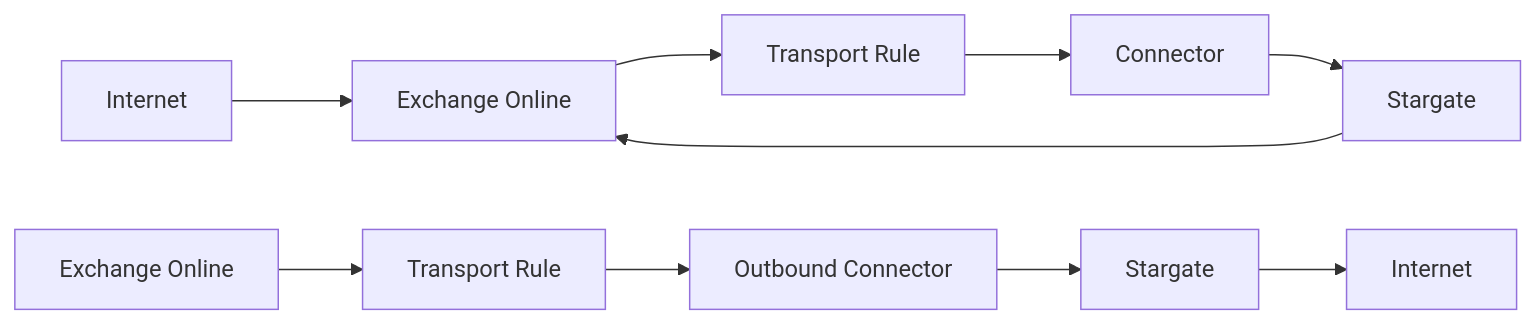
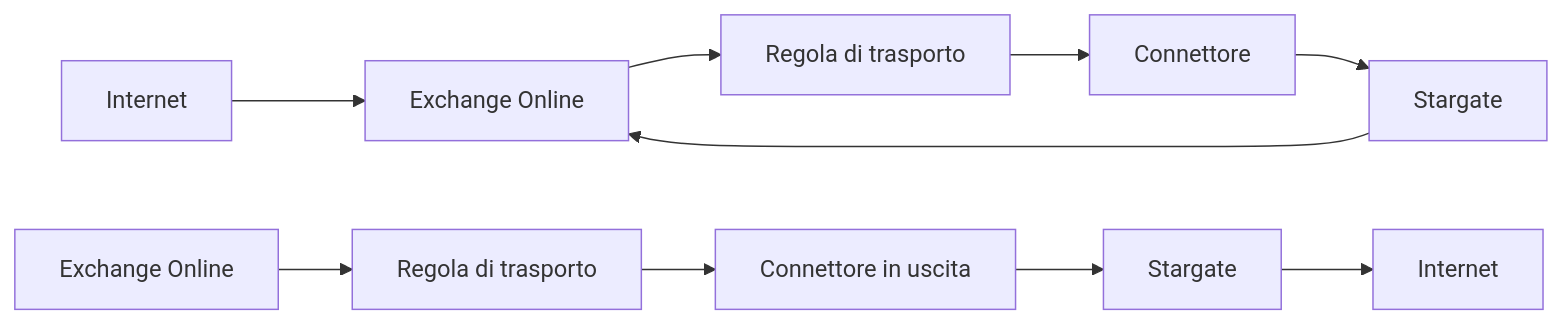
One commit to Health-Info-Net-AG/Stargate-deployment changed the second of 2 diagrams in docs/it/Exchange-integration.md. Above: the diagram before and after it, drawn with Mermaid. The commit also changed other lines of this file and 16 other files, not shown here.

````diff
--- a/docs/it/Exchange-integration.md
+++ b/docs/it/Exchange-integration.md
@@ -34,15 +34,15 @@
 ```mermaid
 flowchart LR
     I1 --> EO --> TR --> C --> S1 --> EO
     E2 --> TR2 --> OC --> S2 --> I2
     I1["Internet"]
     I2["Internet"]
     EO["Exchange Online"]
     E2["Exchange Online"]
-    TR["Transport Rule"]
-    TR2["Transport Rule"]
-    OC["Outbound Connector"]
-    C["Connector"]
+    TR["Regola di trasporto"]
+    TR2["Regola di trasporto"]
+    OC["Connettore in uscita"]
+    C["Connettore"]
     S1["Stargate"]
     S2["Stargate"]
 ```
````
